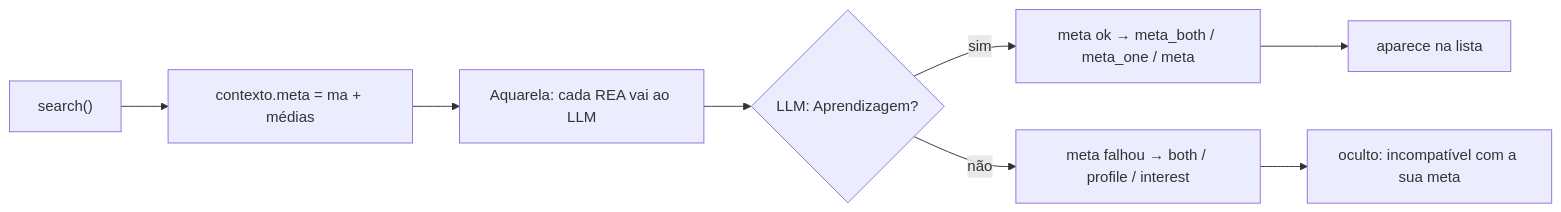
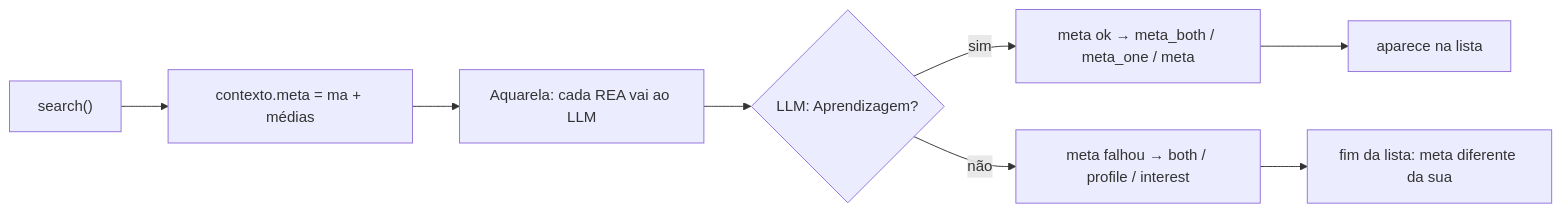
One commit to razimbrao/sis-read changed diagram 24 of 25 in docs/fluxos-transparencia.md. Above: the diagram before and after it, drawn with Mermaid. The commit also changed other lines of this file and 12 other files, not shown here.

First line of the commit message:
A meta diferente da do usuário não esconde mais o REA

````diff
--- a/docs/fluxos-transparencia.md
+++ b/docs/fluxos-transparencia.md
@@ -732,10 +732,10 @@
 ```mermaid
 flowchart LR
     A["search()"] --> B["contexto.meta = ma + médias"]
     B --> C["Aquarela: cada REA vai ao LLM"]
     C --> D{"LLM: Aprendizagem?"}
     D -- sim --> E["meta ok → meta_both / meta_one / meta"]
     D -- não --> F["meta falhou → both / profile / interest"]
     E --> G["aparece na lista"]
-    F --> H["oculto: incompatível com a sua meta"]
+    F --> H["fim da lista: meta diferente da sua"]
 ```
````
